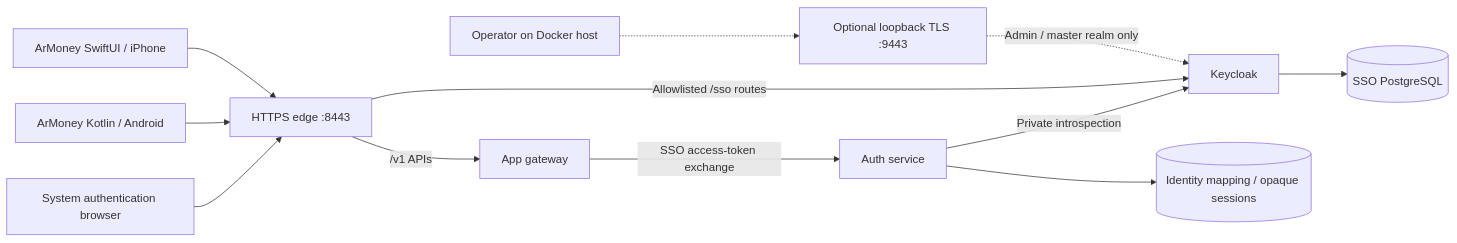
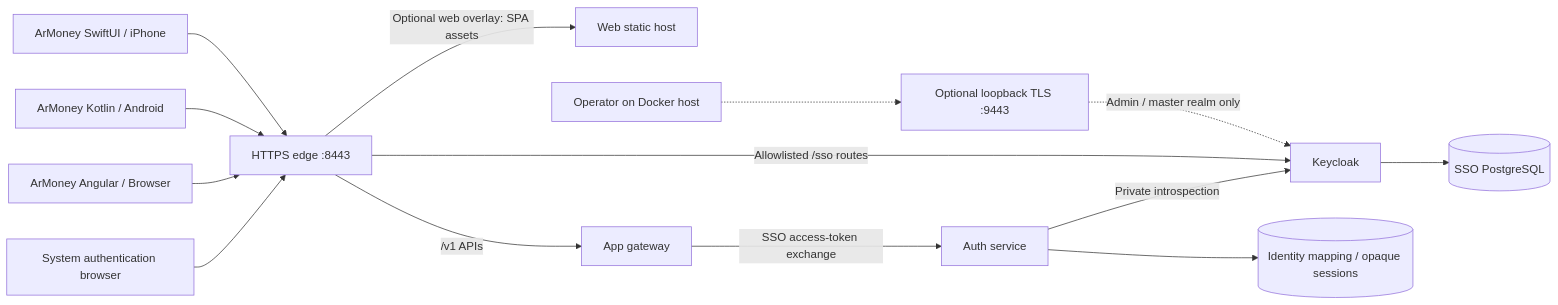
One commit to aarbabaev/ArMoney changed the fourth of 19 diagrams in ARCHITECTURE.md. Above: the diagram before and after it, drawn with Mermaid. The commit also changed other lines of this file and 23 other files, not shown here.

Commit message:
Add browser SSO boundary and isolated web integration scaffolding

````diff
--- a/ARCHITECTURE.md
+++ b/ARCHITECTURE.md
@@ -150,14 +150,16 @@
 ```mermaid
 flowchart LR
     I["ArMoney SwiftUI / iPhone"] --> E["HTTPS edge :8443"]
     AND["ArMoney Kotlin / Android"] --> E
+    WEB["ArMoney Angular / Browser"] --> E
+    E -->|"Optional web overlay: SPA assets"| STATIC["Web static host"]
     B["System authentication browser"] --> E
     OP["Operator on Docker host"] -.-> ADM["Optional loopback TLS :9443"]
     ADM -.->|"Admin / master realm only"| K
     E -->|"/v1 APIs"| G["App gateway"]
     E -->|"Allowlisted /sso routes"| K["Keycloak"]
     K --> KD[("SSO PostgreSQL")]
     G -->|"SSO access-token exchange"| A["Auth service"]
     A -->|"Private introspection"| K
     A --> AD[("Identity mapping / opaque sessions")]
 ```
````
